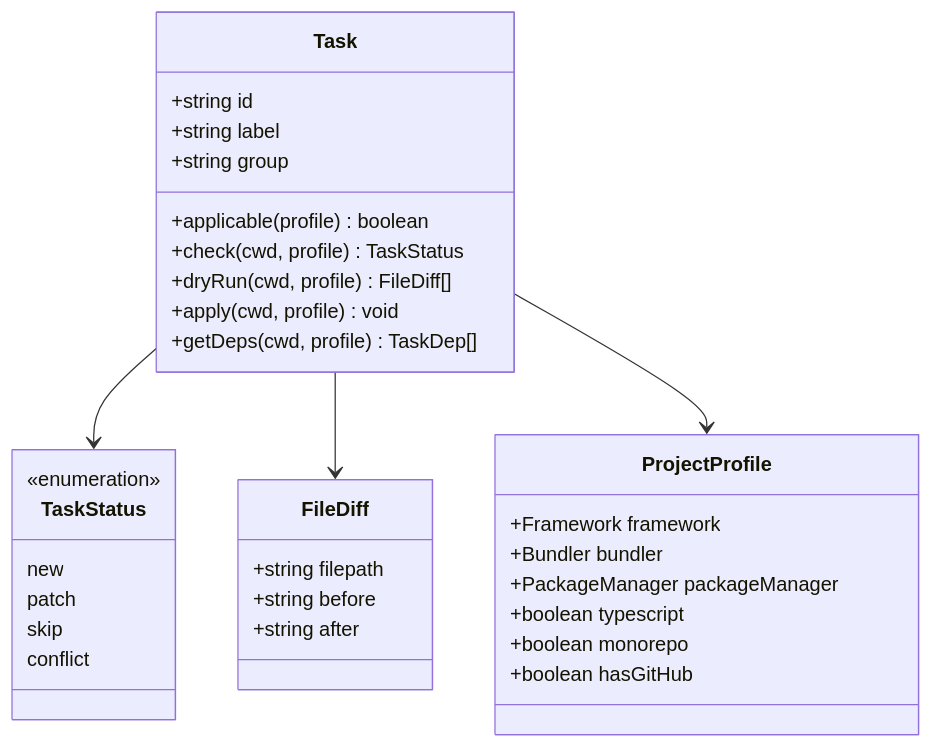
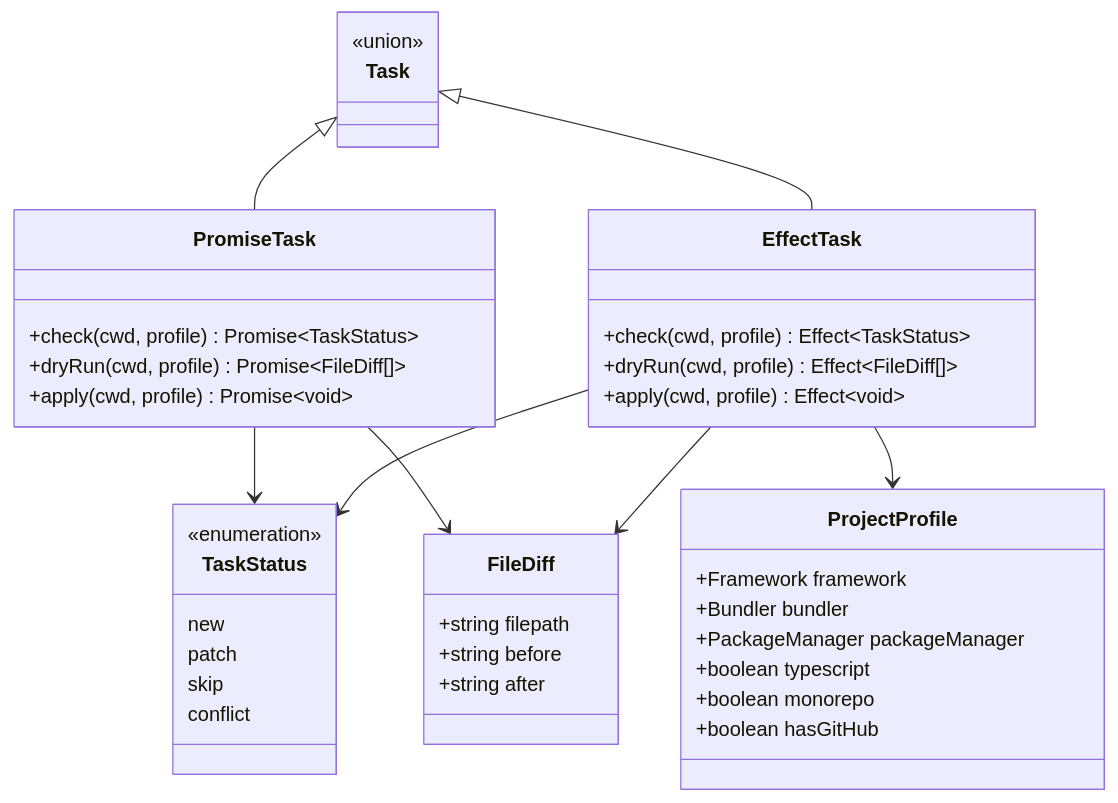
One commit to agustinusnathaniel/xtarter changed the diagram in apps/docs/src/content/docs/xtarterize/contributing/tasks/overview.mdx. Above: the diagram before and after it, drawn with Mermaid. The commit also changed other lines of this file and 9 other files, not shown here.

````diff
--- a/apps/docs/src/content/docs/xtarterize/contributing/tasks/overview.mdx
+++ b/apps/docs/src/content/docs/xtarterize/contributing/tasks/overview.mdx
@@ -41,36 +64,43 @@
 ```mermaid
 classDiagram
     class Task {
-        +string id
-        +string label
-        +string group
-        +applicable(profile) boolean
-        +check(cwd, profile) TaskStatus
-        +dryRun(cwd, profile) FileDiff[]
-        +apply(cwd, profile) void
-        +getDeps(cwd, profile) TaskDep[]
+        <<union>>
+    }
+    class PromiseTask {
+        +check(cwd, profile) Promise~TaskStatus~
+        +dryRun(cwd, profile) Promise~FileDiff[]~
+        +apply(cwd, profile) Promise~void~
+    }
+    class EffectTask {
+        +check(cwd, profile) Effect~TaskStatus~
+        +dryRun(cwd, profile) Effect~FileDiff[]~
+        +apply(cwd, profile) Effect~void~
     }
     class TaskStatus {
         <<enumeration>>
         new
         patch
         skip
         conflict
     }
     class FileDiff {
         +string filepath
         +string before
         +string after
     }
     class ProjectProfile {
         +Framework framework
         +Bundler bundler
         +PackageManager packageManager
         +boolean typescript
         +boolean monorepo
         +boolean hasGitHub
     }
-    Task --> TaskStatus
-    Task --> FileDiff
-    Task --> ProjectProfile
+    Task <|-- PromiseTask
+    Task <|-- EffectTask
+    PromiseTask --> TaskStatus
+    EffectTask --> TaskStatus
+    PromiseTask --> FileDiff
+    EffectTask --> FileDiff
+    EffectTask --> ProjectProfile
 ```
````
